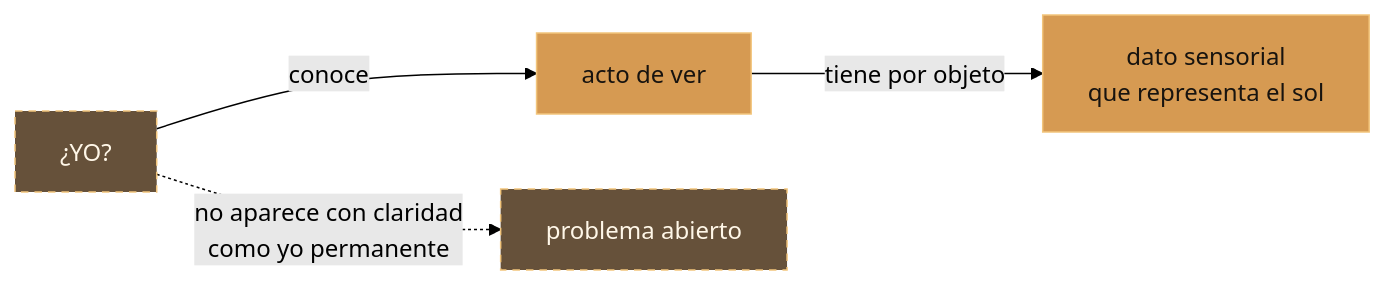
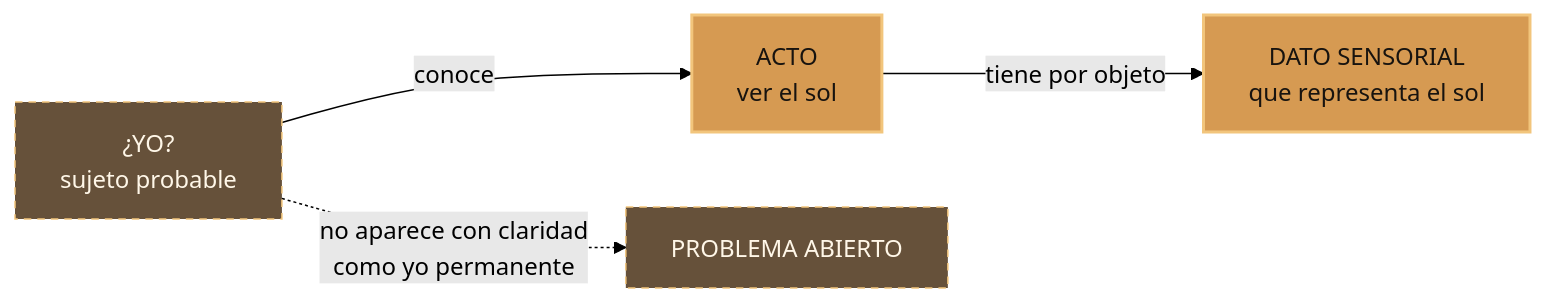
The fourth of 8 diagrams in Capitulo5.md (stevenvo780/russell-conocimiento-directo), drawn with Mermaid (forest theme) before and after one commit. The commit also changed other lines of this file and 10 other files, not shown here.

````diff
--- a/Capitulo5.md
+++ b/Capitulo5.md
@@ -228,11 +387,11 @@
 ```mermaid
 flowchart LR
-    Y["¿YO?"] -->|conoce| A["acto de ver"]
-    A -->|tiene por objeto| S["dato sensorial<br/>que representa el sol"]
-    Y -. "no aparece con claridad<br/>como yo permanente" .-> Q["problema abierto"]
+    Y["¿YO?<br/>sujeto probable"] -->|conoce| A["ACTO<br/>ver el sol"]
+    A -->|tiene por objeto| S["DATO SENSORIAL<br/>que representa el sol"]
+    Y -. "no aparece con claridad<br/>como yo permanente" .-> Q["PROBLEMA ABIERTO"]
 
-    classDef subject fill:#66513a,color:#fff7e8,stroke:#f2c57c,stroke-dasharray:5 4;
-    classDef direct fill:#d69a52,color:#17130f,stroke:#f2c57c;
-    class Y,Q subject;
-    class A,S direct;
+    classDef incierto fill:#66513a,color:#fff7e8,stroke:#f2c57c,stroke-dasharray:5 4;
+    classDef directo fill:#d69a52,color:#17130f,stroke:#f2c57c,stroke-width:2px;
+    class Y,Q incierto;
+    class A,S directo;
 ```
````
